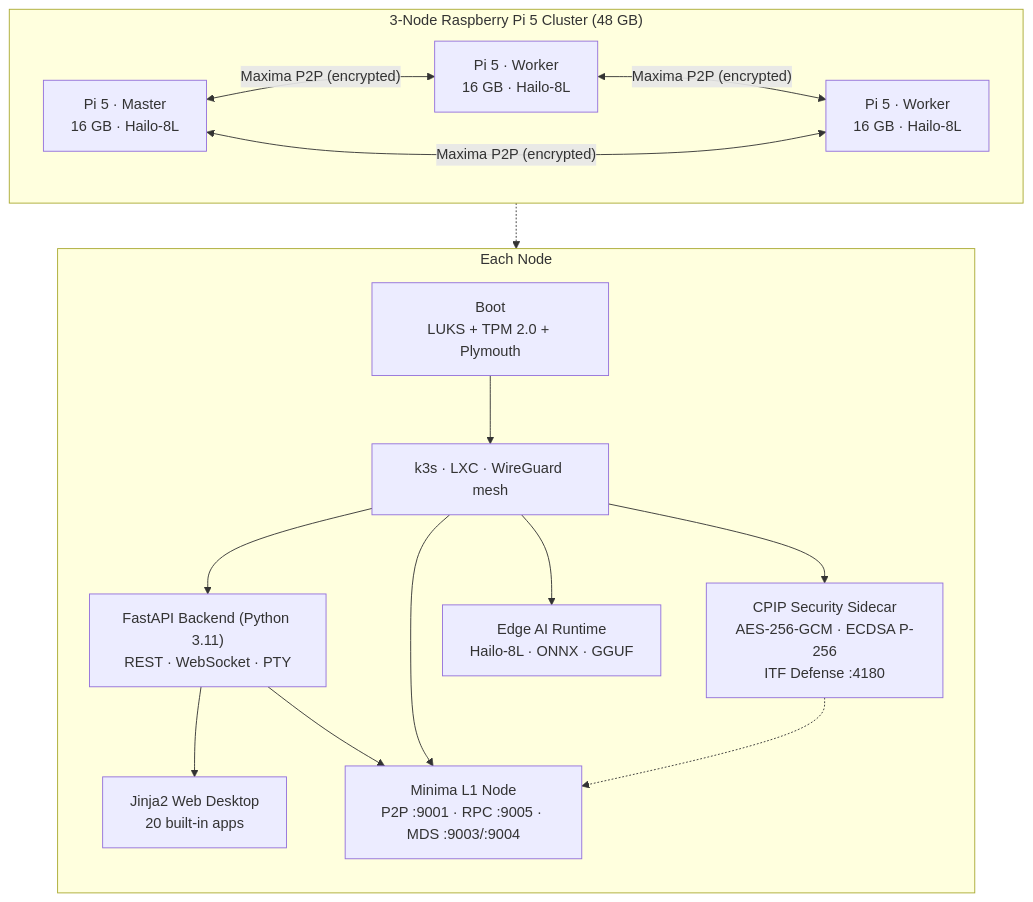
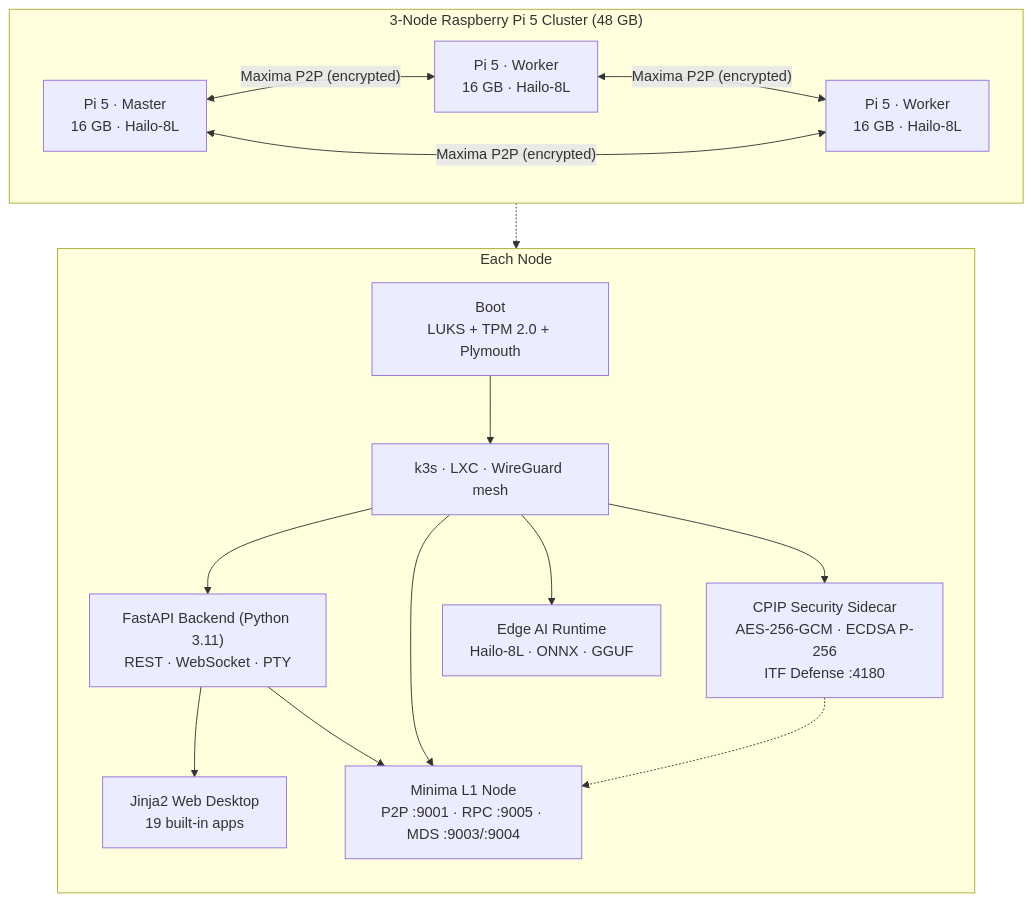
The diagram in README.md (WilliamMajanja/Minima-PiNet-Os), drawn with Mermaid before and after one commit. The commit also changed other lines of this file and 21 other files, not shown here.

````diff
--- a/README.md
+++ b/README.md
@@ -57,31 +57,31 @@
 ```mermaid
 flowchart TB
     subgraph Cluster["3-Node Raspberry Pi 5 Cluster (48 GB)"]
         direction LR
         N1["Pi 5 · Master<br/>16 GB · Hailo-8L"]
         N2["Pi 5 · Worker<br/>16 GB · Hailo-8L"]
         N3["Pi 5 · Worker<br/>16 GB · Hailo-8L"]
-        N1 <-- "Maxima P2P (encrypted)" --> N2
-        N2 <-- "Maxima P2P (encrypted)" --> N3
-        N1 <-- "Maxima P2P (encrypted)" --> N3
+        N1 <-->|"Maxima P2P (encrypted)"| N2
+        N2 <-->|"Maxima P2P (encrypted)"| N3
+        N1 <-->|"Maxima P2P (encrypted)"| N3
     end
 
     subgraph Node["Each Node"]
         direction TB
         BOOT["Boot<br/>LUKS + TPM 2.0 + Plymouth"]
         K3S["k3s · LXC · WireGuard mesh"]
         MIN["Minima L1 Node<br/>P2P :9001 · RPC :9005 · MDS :9003/:9004"]
         CPIP["CPIP Security Sidecar<br/>AES-256-GCM · ECDSA P-256<br/>ITF Defense :4180"]
         API["FastAPI Backend (Python 3.11)<br/>REST · WebSocket · PTY"]
-        UI["Jinja2 Web Desktop<br/>20 built-in apps"]
+        UI["Jinja2 Web Desktop<br/>19 built-in apps"]
         AI["Edge AI Runtime<br/>Hailo-8L · ONNX · GGUF"]
         BOOT --> K3S --> API --> UI
         K3S --> MIN
         K3S --> AI
         K3S --> CPIP
         API --> MIN
         CPIP -.-> MIN
     end
 
     Cluster -.-> Node
 ```
````
